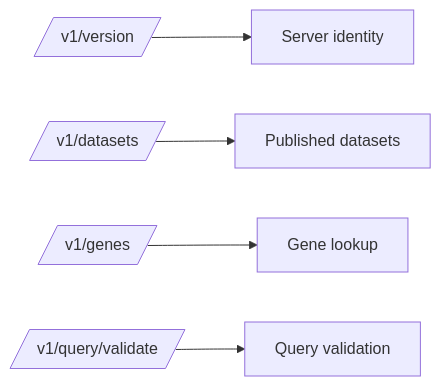
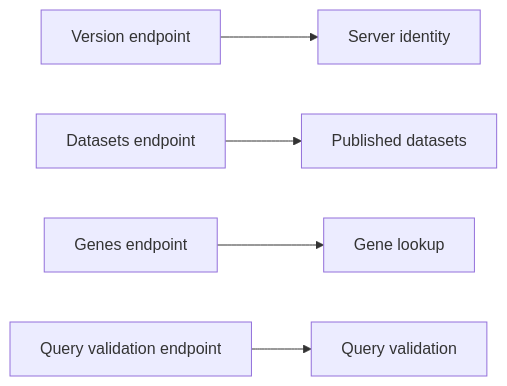
Before and after one commit to bijux/bijux-atlas: the first of 3 diagrams in docs/02-getting-started/run-your-first-queries.md, drawn with Mermaid. The commit also changed 7 other files, not shown here.

````diff
--- a/docs/02-getting-started/run-your-first-queries.md
+++ b/docs/02-getting-started/run-your-first-queries.md
@@ -16,7 +16,7 @@
 ```mermaid
 flowchart LR
-    Version[/v1/version/] --> Confidence[Server identity]
-    Datasets[/v1/datasets/] --> Discovery[Published datasets]
-    Genes[/v1/genes/] --> Retrieval[Gene lookup]
-    Validate[/v1/query/validate/] --> Guardrails[Query validation]
+    Version[Version endpoint] --> Confidence[Server identity]
+    Datasets[Datasets endpoint] --> Discovery[Published datasets]
+    Genes[Genes endpoint] --> Retrieval[Gene lookup]
+    Validate[Query validation endpoint] --> Guardrails[Query validation]
 ```
````
